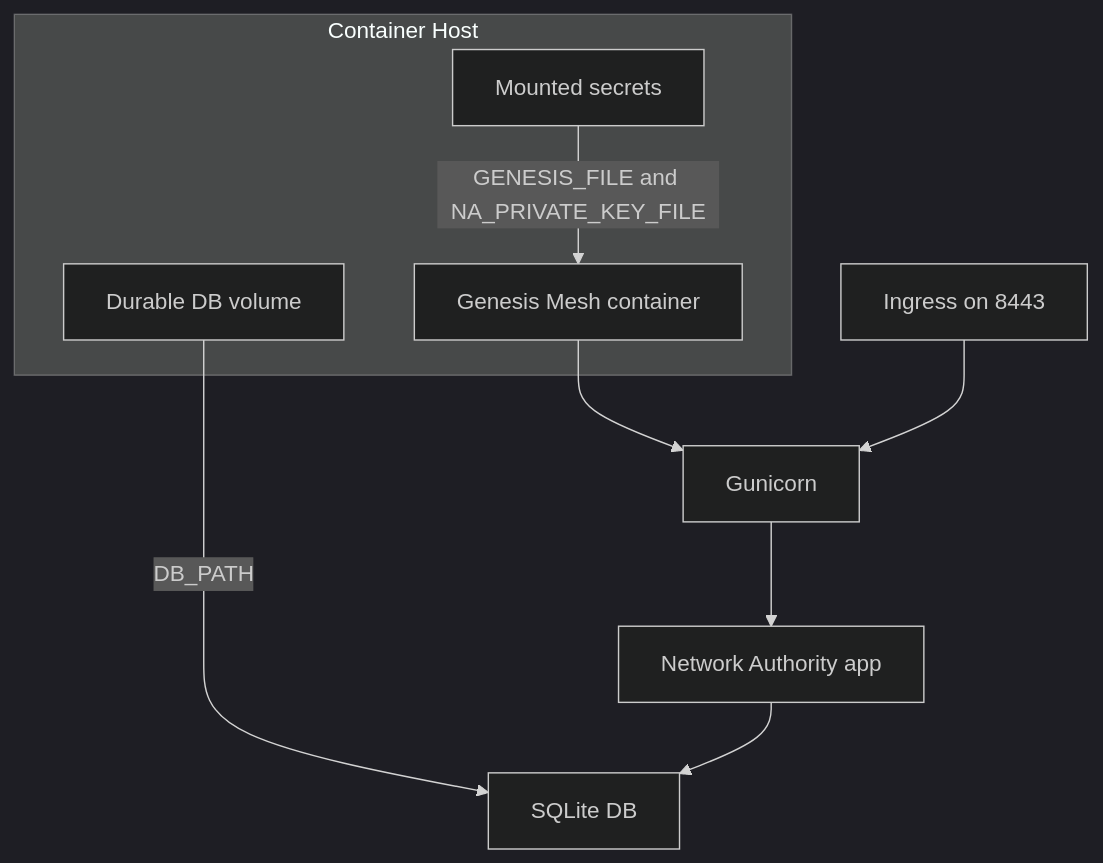
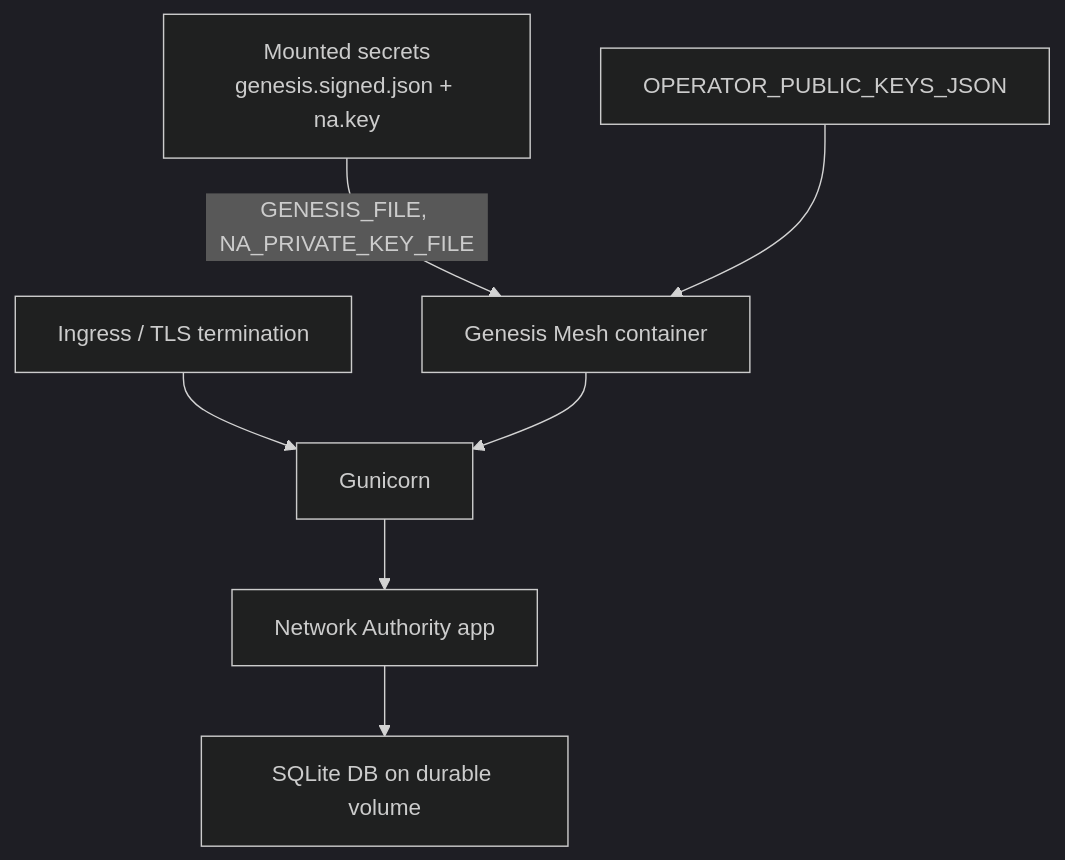
One commit to GenesisMeshLabs/genesismesh changed the diagram in docs/operations/deployment.md. Above: the diagram before and after it, drawn with Mermaid (dark theme). The commit also changed other lines of this file and 10 other files, not shown here.

Commit message:
feat: add Kubernetes deployment manifests and example README for Genesis Mesh

````diff
--- a/docs/operations/deployment.md
+++ b/docs/operations/deployment.md
@@ -22,20 +6,17 @@
 ```{mermaid}
 flowchart TB
-    subgraph host["Container Host"]
-        secrets["Mounted secrets"]
-        data["Durable DB volume"]
-        container["Genesis Mesh container"]
-    end
-
-    ingress["Ingress on 8443"]
+    secrets["Mounted secrets<br/>genesis.signed.json + na.key"]
+    operator["OPERATOR_PUBLIC_KEYS_JSON"]
+    container["Genesis Mesh container"]
     gunicorn["Gunicorn"]
     flask["Network Authority app"]
-    sqlite["SQLite DB"]
+    sqlite["SQLite DB on durable volume"]
+    ingress["Ingress / TLS termination"]
 
-    secrets -->|GENESIS_FILE and NA_PRIVATE_KEY_FILE| container
-    data -->|DB_PATH| sqlite
     ingress --> gunicorn
     gunicorn --> flask
     flask --> sqlite
+    secrets -->|GENESIS_FILE, NA_PRIVATE_KEY_FILE| container
+    operator --> container
     container --> gunicorn
 ```
````
